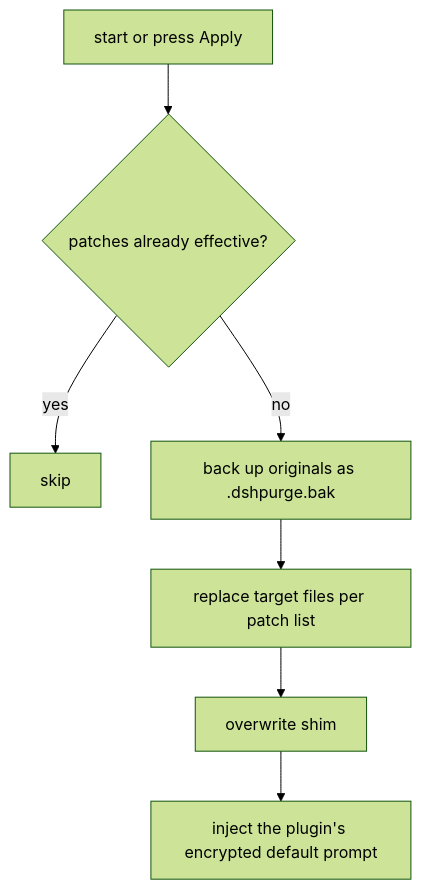
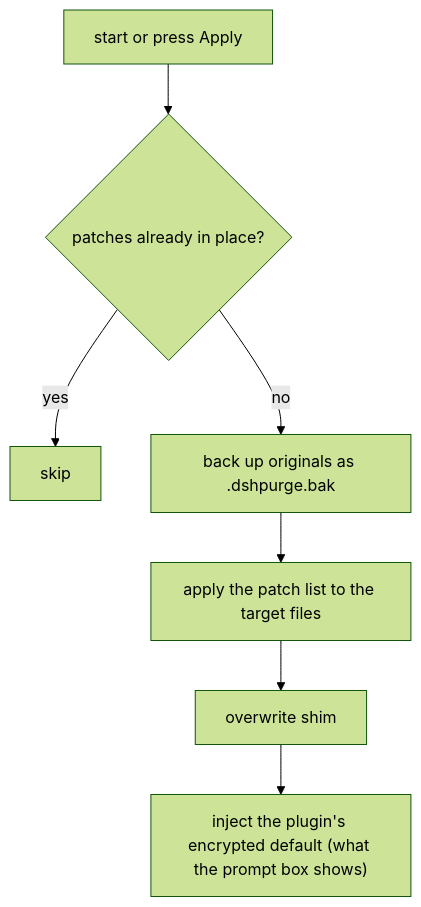
Before and after one commit to P4rfa1t/dsh-purge-fork: the first of 2 diagrams in README.en.md, drawn with Mermaid (forest theme). The commit also changed other lines of this file and 6 other files, not shown here.

````diff
--- a/README.en.md
+++ b/README.en.md
@@ -146,9 +203,9 @@
 ```mermaid
 flowchart TD
-  A["start or press Apply"] --> B{"patches already effective?"}
+  A["start or press Apply"] --> B{"patches already in place?"}
   B -->|yes| C["skip"]
   B -->|no| D["back up originals as .dshpurge.bak"]
-  D --> E["replace target files per patch list"]
+  D --> E["apply the patch list to the target files"]
   E --> F["overwrite shim"]
-  F --> G["inject the plugin's encrypted default prompt"]
+  F --> G["inject the plugin's encrypted default (what the prompt box shows)"]
 ```
````
